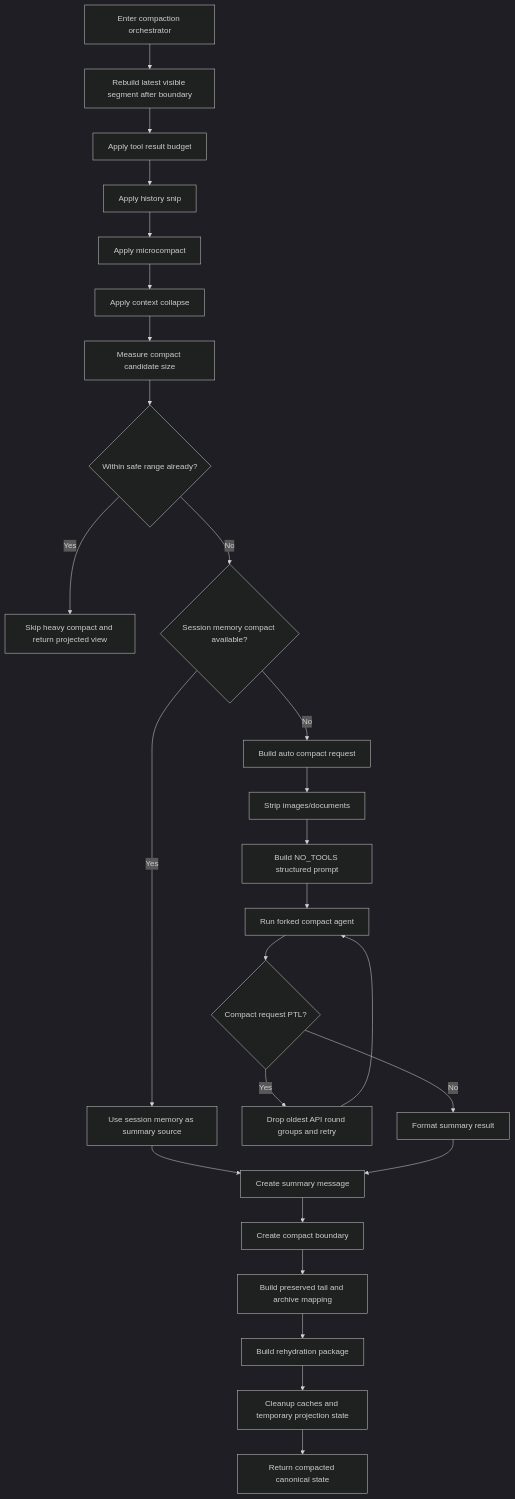
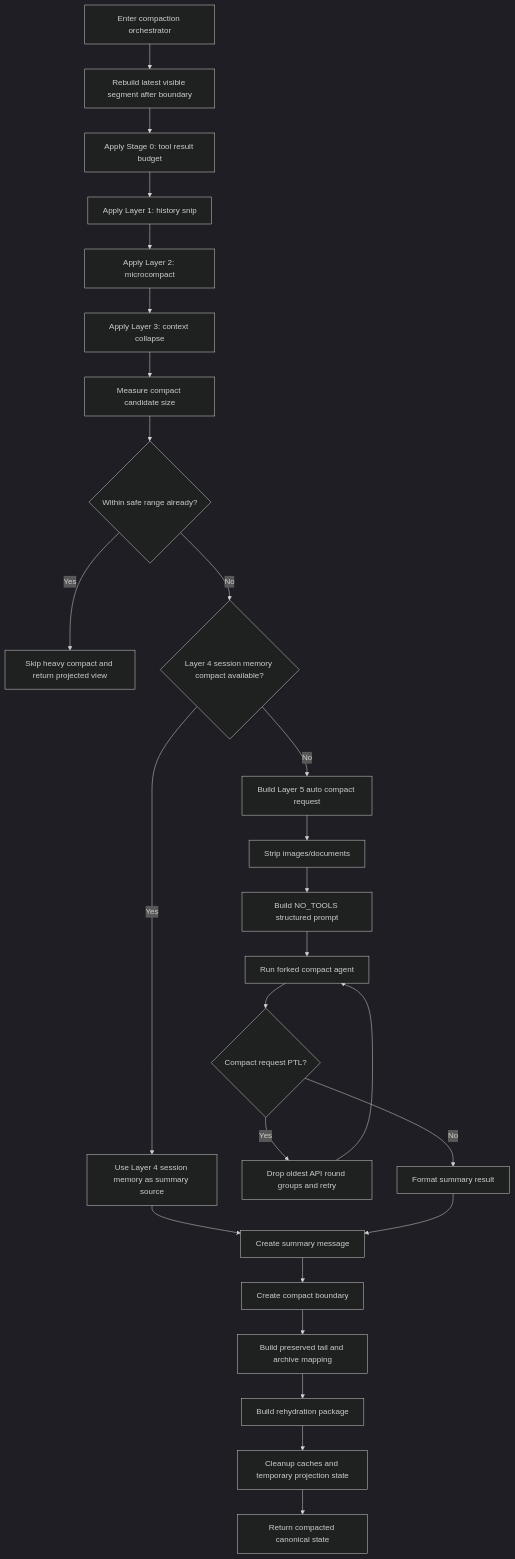
Before and after one commit to renxqoo/renx-code-v3: the second of 5 diagrams in Plan/context-window-management/09-end-to-end-flowchart-and-decision-tree.md, drawn with Mermaid (dark theme). The commit also changed other lines of this file and 77 other files, not shown here.

First line of the commit message:
feat: align runtime context flow and enforce zod tool schemas

````diff
--- a/Plan/context-window-management/09-end-to-end-flowchart-and-decision-tree.md
+++ b/Plan/context-window-management/09-end-to-end-flowchart-and-decision-tree.md
@@ -341,28 +354,28 @@
 ```mermaid
 flowchart TD
     A["Enter compaction orchestrator"] --> B["Rebuild latest visible segment after boundary"]
-    B --> C["Apply tool result budget"]
-    C --> D["Apply history snip"]
-    D --> E["Apply microcompact"]
-    E --> F["Apply context collapse"]
+    B --> C["Apply Stage 0: tool result budget"]
+    C --> D["Apply Layer 1: history snip"]
+    D --> E["Apply Layer 2: microcompact"]
+    E --> F["Apply Layer 3: context collapse"]
     F --> G["Measure compact candidate size"]
     G --> H{"Within safe range already?"}
     H -- Yes --> I["Skip heavy compact and return projected view"]
-    H -- No --> J{"Session memory compact available?"}
-    J -- Yes --> K["Use session memory as summary source"]
-    J -- No --> L["Build auto compact request"]
+    H -- No --> J{"Layer 4 session memory compact available?"}
+    J -- Yes --> K["Use Layer 4 session memory as summary source"]
+    J -- No --> L["Build Layer 5 auto compact request"]
     K --> M["Create summary message"]
     L --> N["Strip images/documents"]
     N --> O["Build NO_TOOLS structured prompt"]
     O --> P["Run forked compact agent"]
     P --> Q{"Compact request PTL?"}
     Q -- Yes --> R["Drop oldest API round groups and retry"]
     R --> P
     Q -- No --> S["Format summary result"]
     S --> M
     M --> T["Create compact boundary"]
     T --> U["Build preserved tail and archive mapping"]
     U --> V["Build rehydration package"]
     V --> W["Cleanup caches and temporary projection state"]
     W --> X["Return compacted canonical state"]
 ```
````
